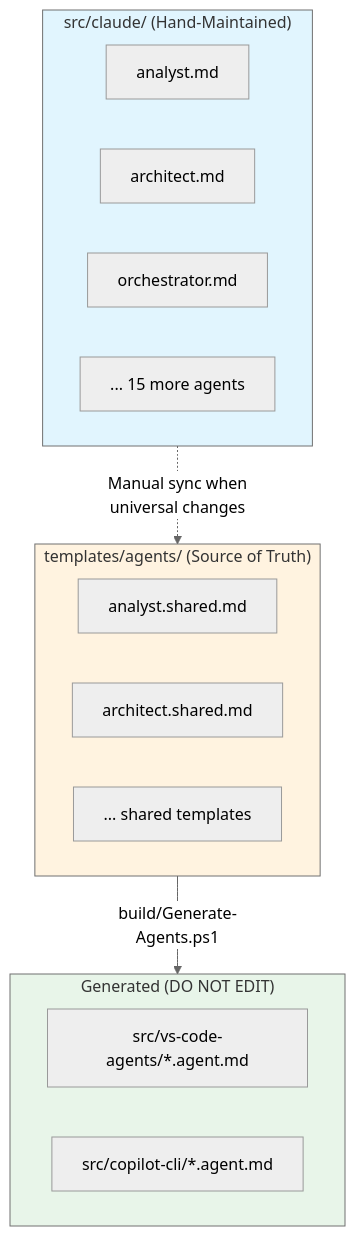
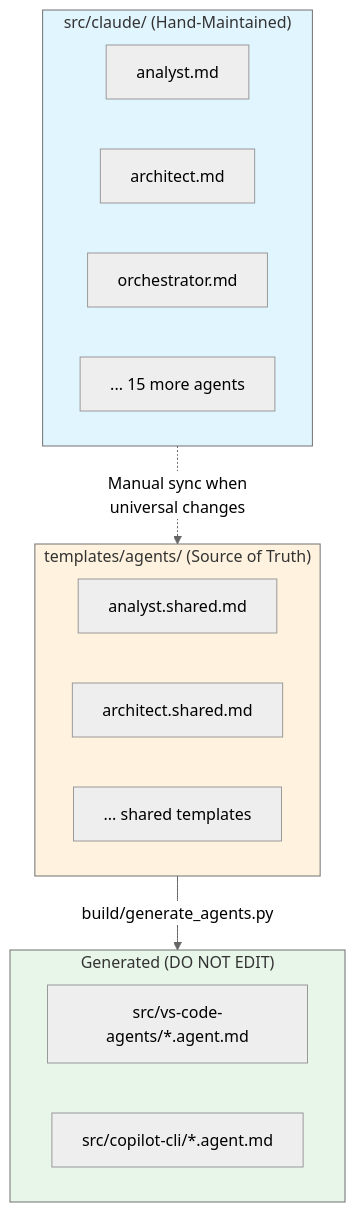
The diagram in .claude/agents/AGENTS.md (rjmurillo/ai-agents), drawn with Mermaid (neutral theme) before and after one commit. The commit also changed other lines of this file and 13 other files, not shown here.

````diff
--- a/.claude/agents/AGENTS.md
+++ b/.claude/agents/AGENTS.md
@@ -99,27 +99,27 @@
 ```mermaid
 flowchart TD
     subgraph Claude["src/claude/ (Hand-Maintained)"]
         CL1[analyst.md]
         CL2[architect.md]
         CL3[orchestrator.md]
         CLN[... 15 more agents]
     end
 
     subgraph Templates["templates/agents/ (Source of Truth)"]
         TM1[analyst.shared.md]
         TM2[architect.shared.md]
         TMN[... shared templates]
     end
 
     subgraph Generated["Generated (DO NOT EDIT)"]
         VS[src/vs-code-agents/*.agent.md]
         CP[src/copilot-cli/*.agent.md]
     end
 
     Claude -.->|Manual sync when<br>universal changes| Templates
-    Templates -->|build/Generate-Agents.ps1| Generated
+    Templates -->|build/generate_agents.py| Generated
 
     style Claude fill:#e1f5fe
     style Templates fill:#fff3e0
     style Generated fill:#e8f5e9
 ```
````
